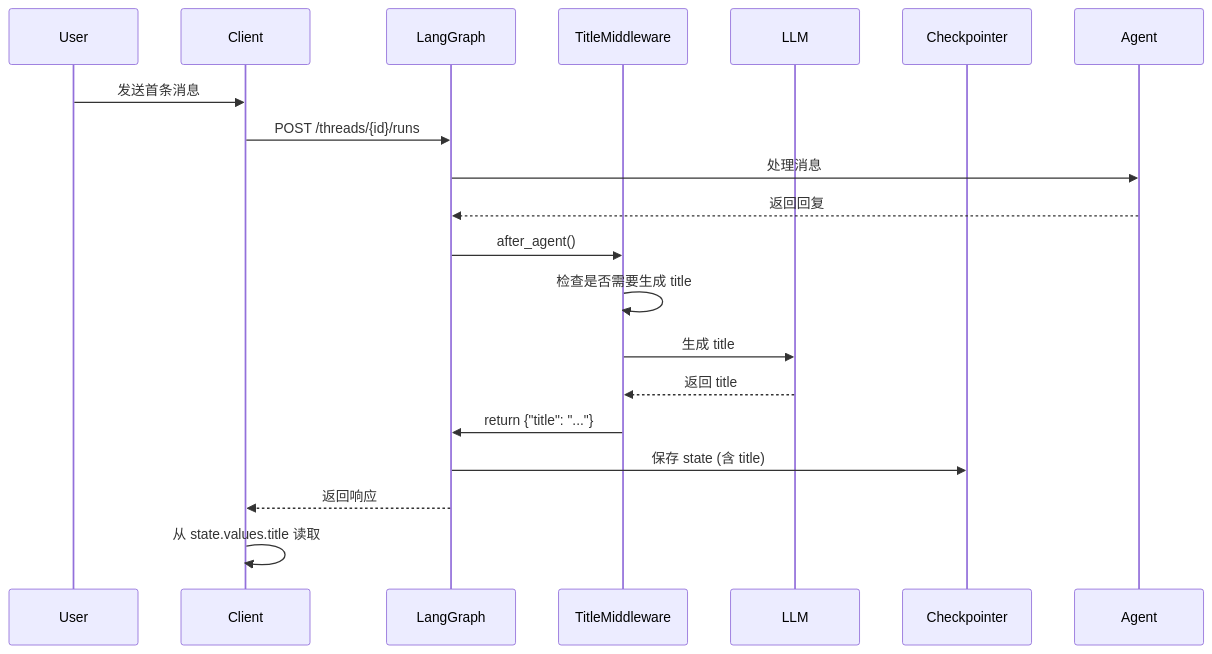
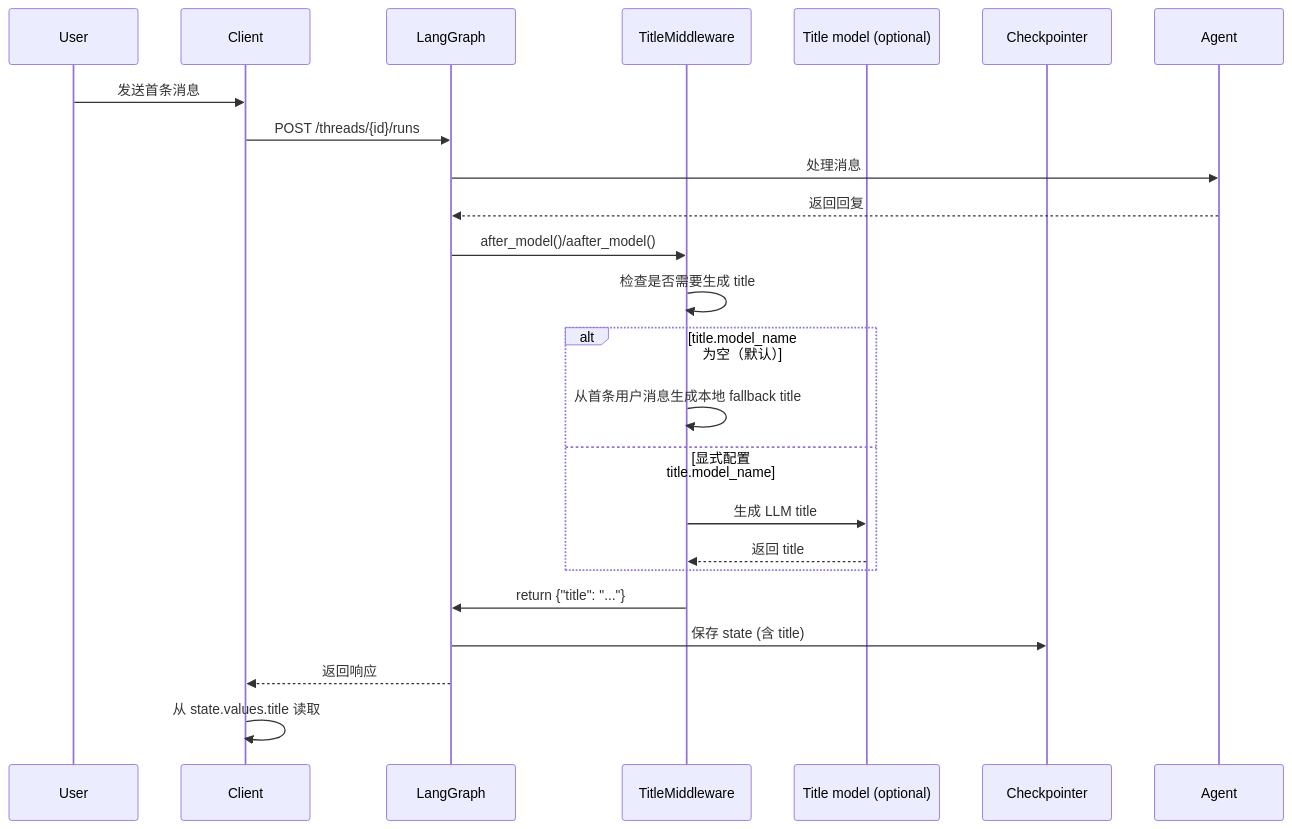
The diagram in backend/docs/AUTO_TITLE_GENERATION.md (tsbaby1326/deer-flow), drawn with Mermaid before and after one commit. The commit also changed other lines of this file and 15 other files, not shown here.

````diff
--- a/backend/docs/AUTO_TITLE_GENERATION.md
+++ b/backend/docs/AUTO_TITLE_GENERATION.md
@@ -146,22 +146,26 @@
 ```mermaid
 sequenceDiagram
     participant User
     participant Client
     participant LangGraph
     participant TitleMiddleware
-    participant LLM
+    participant TitleModel as Title model (optional)
     participant Checkpointer
 
     User->>Client: 发送首条消息
     Client->>LangGraph: POST /threads/{id}/runs
     LangGraph->>Agent: 处理消息
     Agent-->>LangGraph: 返回回复
-    LangGraph->>TitleMiddleware: after_agent()
+    LangGraph->>TitleMiddleware: after_model()/aafter_model()
     TitleMiddleware->>TitleMiddleware: 检查是否需要生成 title
-    TitleMiddleware->>LLM: 生成 title
-    LLM-->>TitleMiddleware: 返回 title
+    alt title.model_name 为空（默认）
+        TitleMiddleware->>TitleMiddleware: 从首条用户消息生成本地 fallback title
+    else 显式配置 title.model_name
+        TitleMiddleware->>TitleModel: 生成 LLM title
+        TitleModel-->>TitleMiddleware: 返回 title
+    end
     TitleMiddleware->>LangGraph: return {"title": "..."}
     LangGraph->>Checkpointer: 保存 state (含 title)
     LangGraph-->>Client: 返回响应
     Client->>Client: 从 state.values.title 读取
 ```
````
